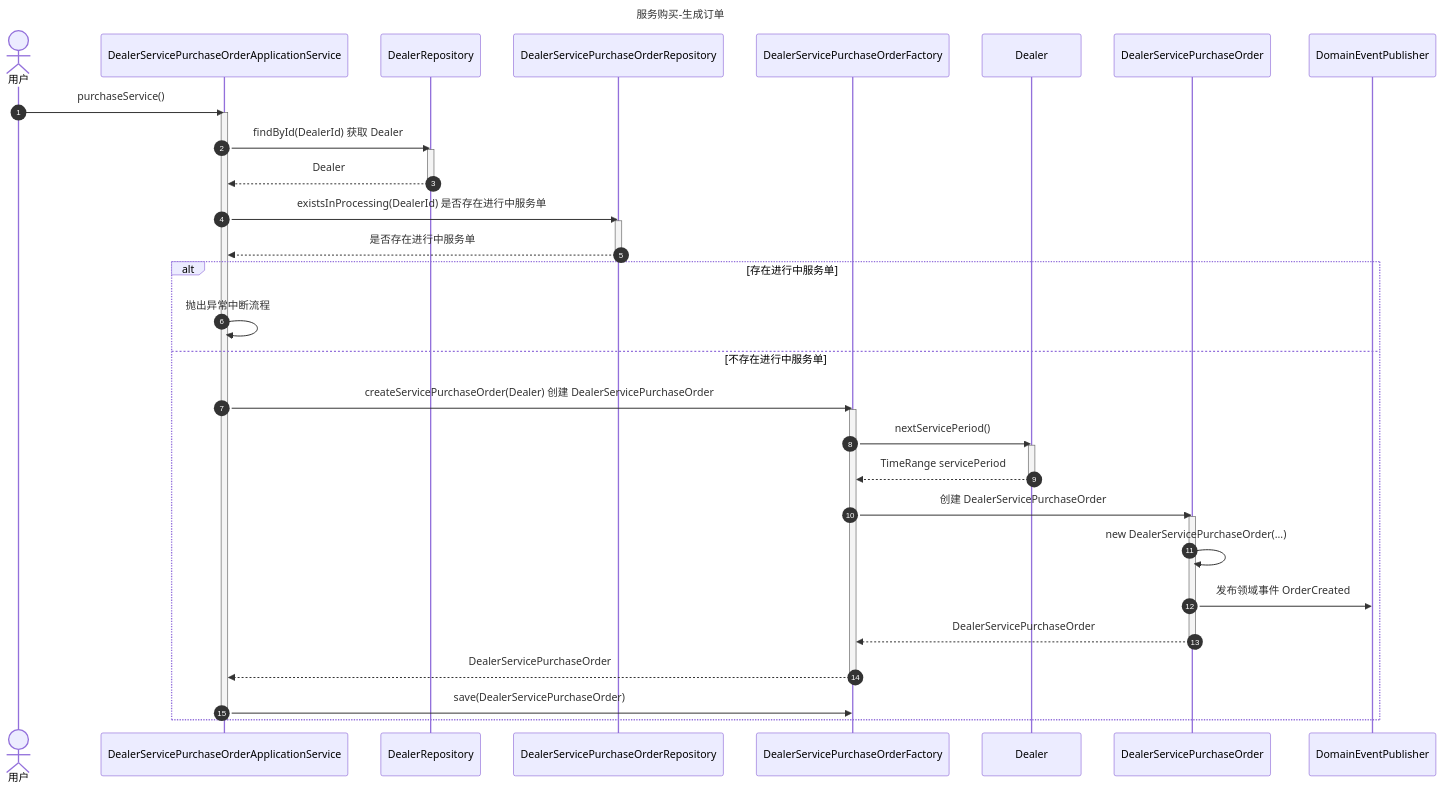
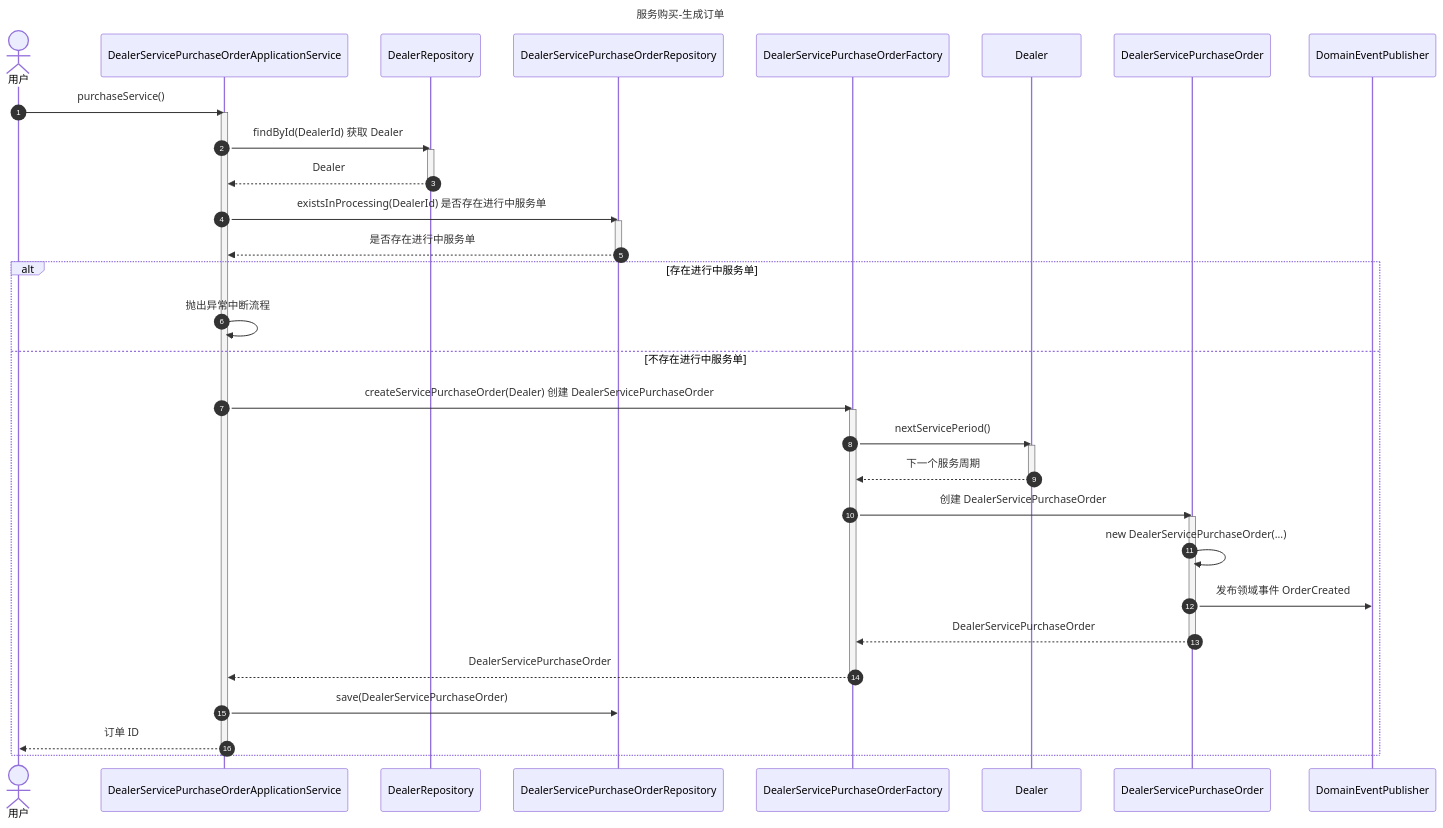
One commit to lowkeyfish/IDDD changed the diagram in iddd-springboot/iddd-springboot-dealer/src/main/resources/uml/服务购买生成订单时序图.mermaid. Above: the diagram before and after it, drawn with Mermaid. The commit also changed 4 other files, not shown here.

```diff
--- a/iddd-springboot/iddd-springboot-dealer/src/main/resources/uml/服务购买生成订单时序图.mermaid
+++ b/iddd-springboot/iddd-springboot-dealer/src/main/resources/uml/服务购买生成订单时序图.mermaid
@@ -1,62 +1,64 @@
 sequenceDiagram
     title 服务购买-生成订单
 
     autonumber
 
     actor User as 用户
     participant DealerServicePurchaseOrderApplicationService
 
     participant DealerRepository
     participant DealerServicePurchaseOrderRepository
     participant DealerServicePurchaseOrderFactory
     participant Dealer
     participant DealerServicePurchaseOrder
     participant DomainEventPublisher
 
 
     User->>DealerServicePurchaseOrderApplicationService: purchaseService()
 
     activate DealerServicePurchaseOrderApplicationService
 
     DealerServicePurchaseOrderApplicationService->>DealerRepository: findById(DealerId) 获取 Dealer
     activate DealerRepository
 
     DealerRepository-->>DealerServicePurchaseOrderApplicationService: Dealer
     deactivate DealerRepository
 
 
     DealerServicePurchaseOrderApplicationService->>DealerServicePurchaseOrderRepository: existsInProcessing(DealerId) 是否存在进行中服务单
     activate DealerServicePurchaseOrderRepository
 DealerServicePurchaseOrderRepository-->>DealerServicePurchaseOrderApplicationService: 是否存在进行中服务单
     deactivate DealerServicePurchaseOrderRepository
 
     alt 存在进行中服务单
         DealerServicePurchaseOrderApplicationService->>DealerServicePurchaseOrderApplicationService: 抛出异常中断流程
     else 不存在进行中服务单
 
 
         DealerServicePurchaseOrderApplicationService->>DealerServicePurchaseOrderFactory: createServicePurchaseOrder(Dealer) 创建 DealerServicePurchaseOrder
         activate DealerServicePurchaseOrderFactory
 
         DealerServicePurchaseOrderFactory->>Dealer: nextServicePeriod()
 
         activate Dealer
-        Dealer-->>DealerServicePurchaseOrderFactory: TimeRange servicePeriod
+        Dealer-->>DealerServicePurchaseOrderFactory: 下一个服务周期
         deactivate Dealer
 
         DealerServicePurchaseOrderFactory->>DealerServicePurchaseOrder: 创建 DealerServicePurchaseOrder
         activate DealerServicePurchaseOrder
         DealerServicePurchaseOrder->>DealerServicePurchaseOrder: new DealerServicePurchaseOrder(...)
         DealerServicePurchaseOrder->>DomainEventPublisher: 发布领域事件 OrderCreated
         DealerServicePurchaseOrder-->>DealerServicePurchaseOrderFactory: DealerServicePurchaseOrder
         deactivate DealerServicePurchaseOrder
 
         DealerServicePurchaseOrderFactory-->>DealerServicePurchaseOrderApplicationService: DealerServicePurchaseOrder
 
         deactivate DealerServicePurchaseOrderFactory
 
-        DealerServicePurchaseOrderApplicationService->>DealerServicePurchaseOrderFactory: save(DealerServicePurchaseOrder)
+        DealerServicePurchaseOrderApplicationService->>DealerServicePurchaseOrderRepository: save(DealerServicePurchaseOrder)
+
+        DealerServicePurchaseOrderApplicationService-->>User: 订单 ID
     end
 
 
     deactivate DealerServicePurchaseOrderApplicationService
```
